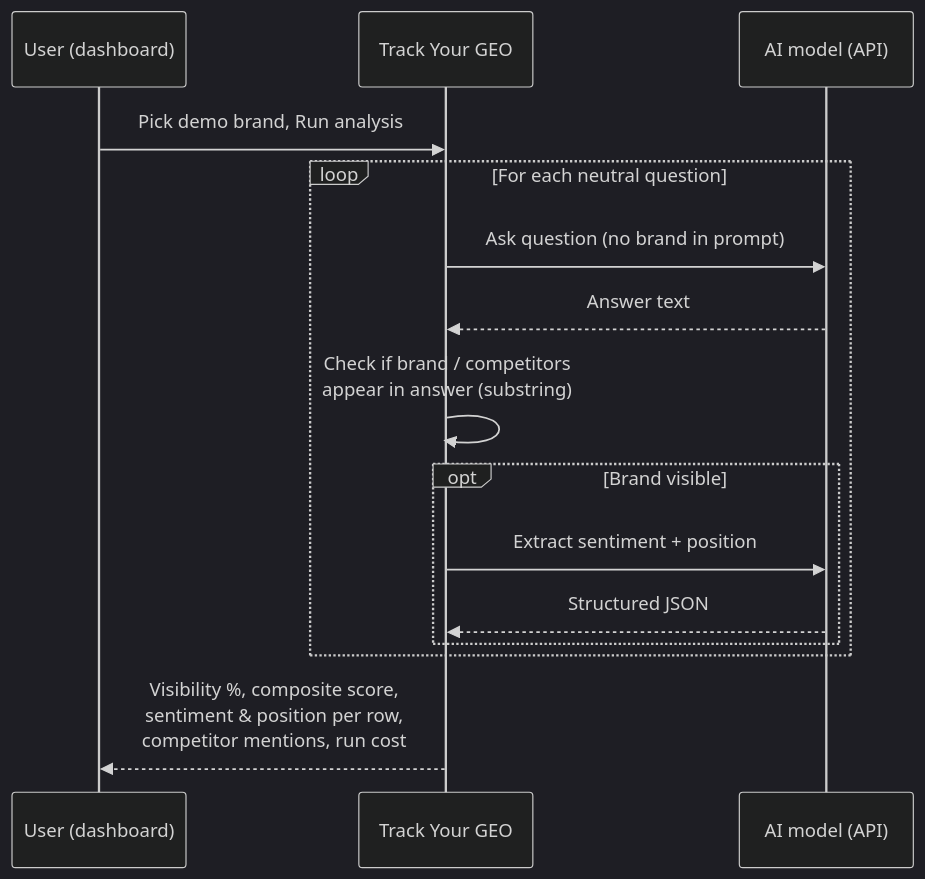
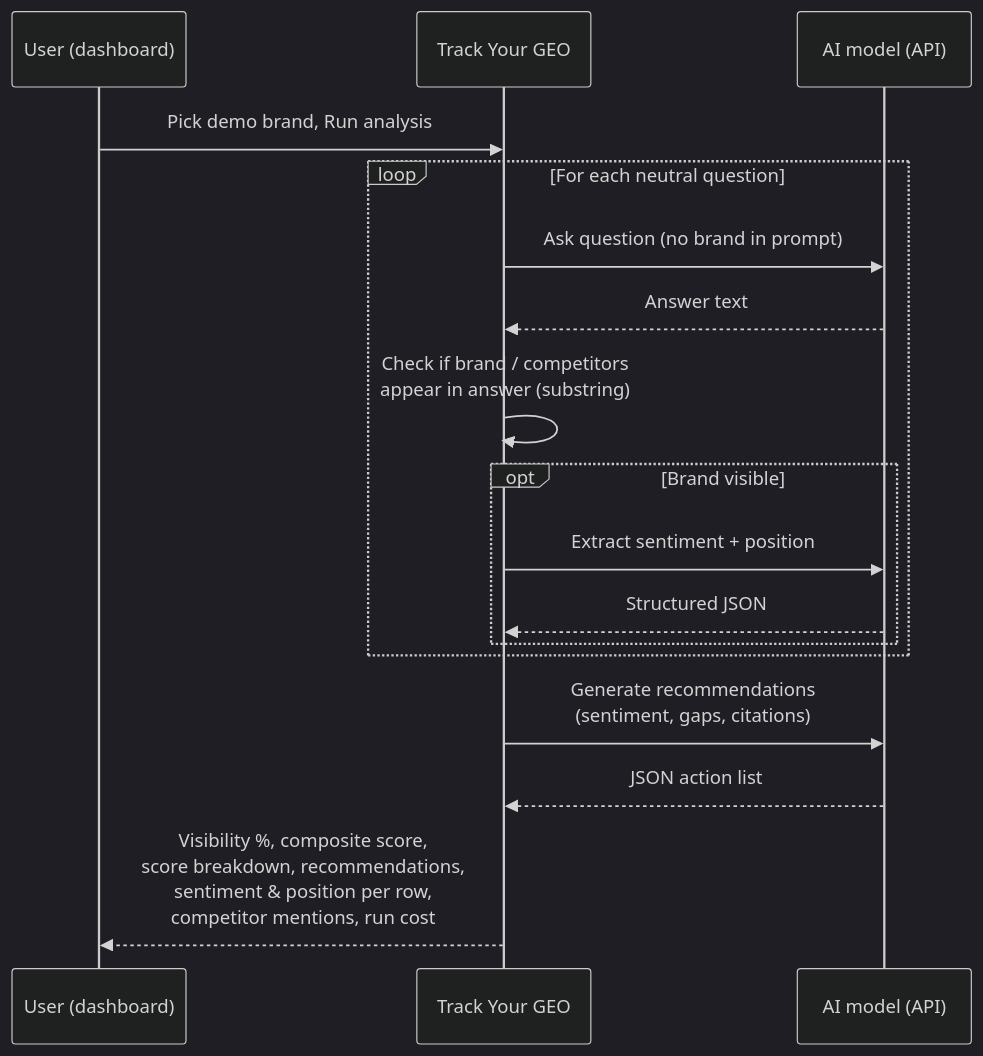
Before and after one commit to klebutt/track_your_geo: the second of 2 diagrams in README.md, drawn with Mermaid (dark theme). The commit also changed other lines of this file and 9 other files, not shown here.

````diff
--- a/README.md
+++ b/README.md
@@ -53,18 +54,20 @@
 ```mermaid
 sequenceDiagram
   participant User as User (dashboard)
   participant App as Track Your GEO
   participant AI as AI model (API)
 
   User->>App: Pick demo brand, Run analysis
   loop For each neutral question
     App->>AI: Ask question (no brand in prompt)
     AI-->>App: Answer text
     App->>App: Check if brand / competitors<br/>appear in answer (substring)
     opt Brand visible
       App->>AI: Extract sentiment + position
       AI-->>App: Structured JSON
     end
   end
-  App-->>User: Visibility %, composite score,<br/>sentiment & position per row,<br/>competitor mentions, run cost
+  App->>AI: Generate recommendations<br/>(sentiment, gaps, citations)
+  AI-->>App: JSON action list
+  App-->>User: Visibility %, composite score,<br/>score breakdown, recommendations,<br/>sentiment & position per row,<br/>competitor mentions, run cost
 ```
````
